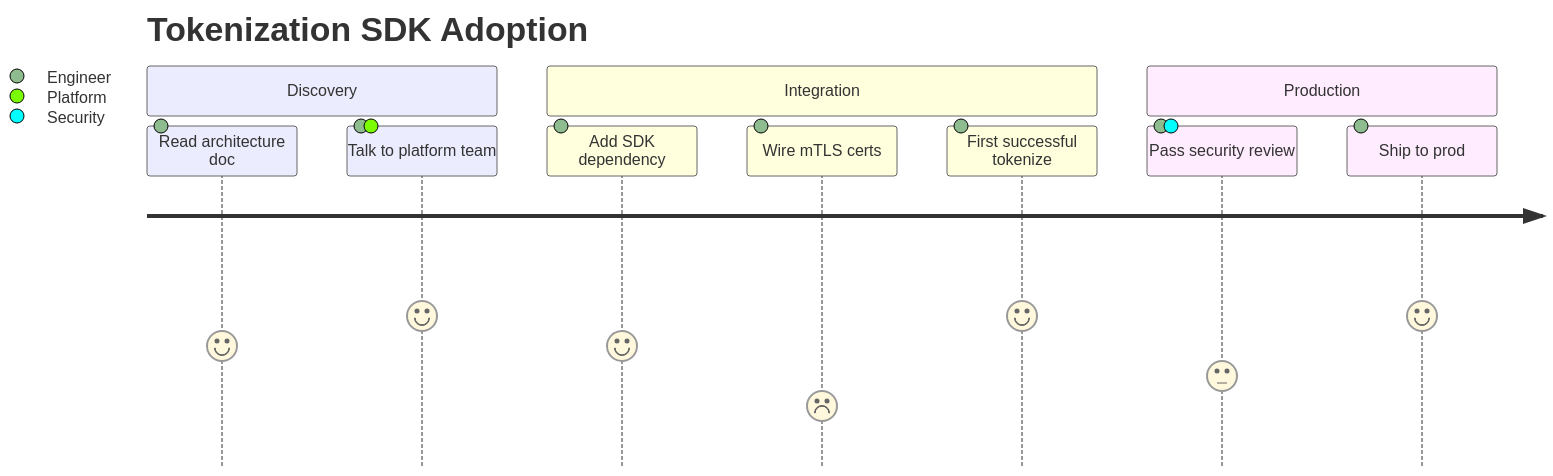
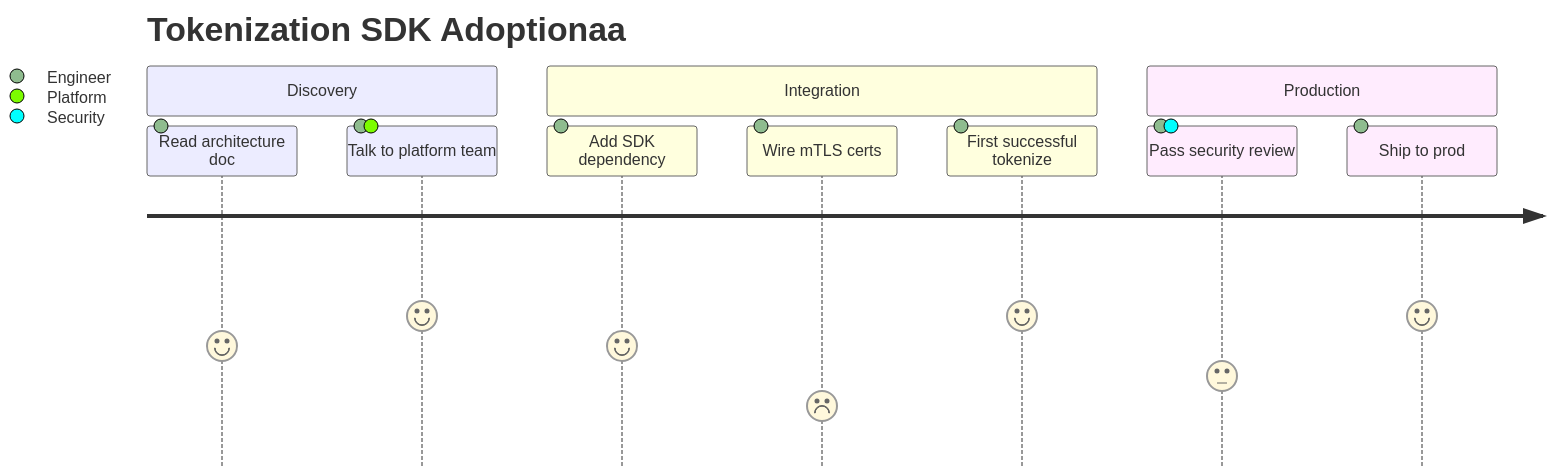
The sixth of 25 diagrams in examples/mermaid-gallery.md (SlideWright/lattice), drawn with Mermaid before and after one commit. The commit also changed other lines of this file and 19 other files, not shown here.

````diff
--- a/examples/mermaid-gallery.md
+++ b/examples/mermaid-gallery.md
@@ -186,14 +201,14 @@
 ```mermaid
 journey
-  title Tokenization SDK Adoption
+  title Tokenization SDK Adoptionaa
   section Discovery
     Read architecture doc: 4: Engineer
     Talk to platform team: 5: Engineer, Platform
   section Integration
     Add SDK dependency: 4: Engineer
     Wire mTLS certs: 2: Engineer
     First successful tokenize: 5: Engineer
   section Production
     Pass security review: 3: Engineer, Security
     Ship to prod: 5: Engineer
 ```
````
